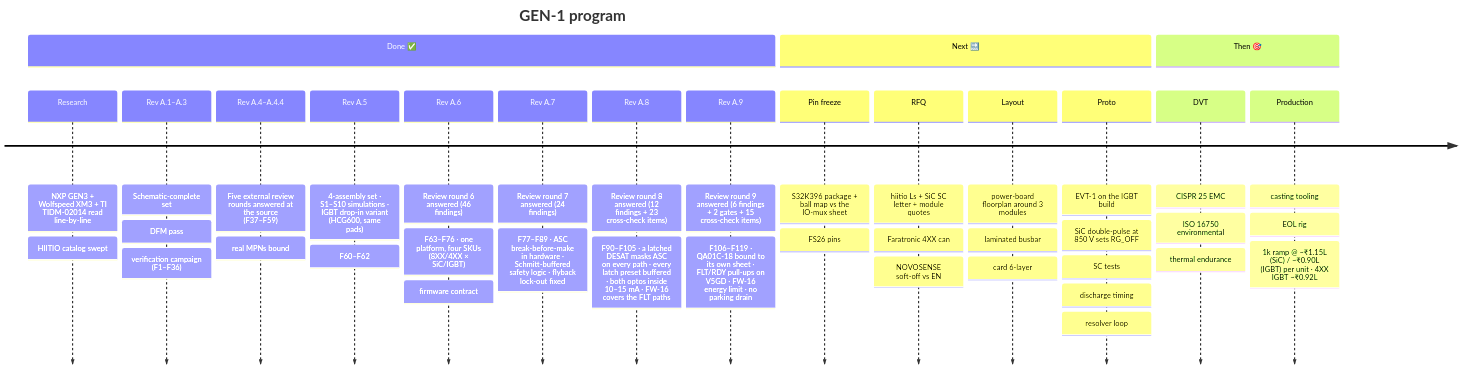
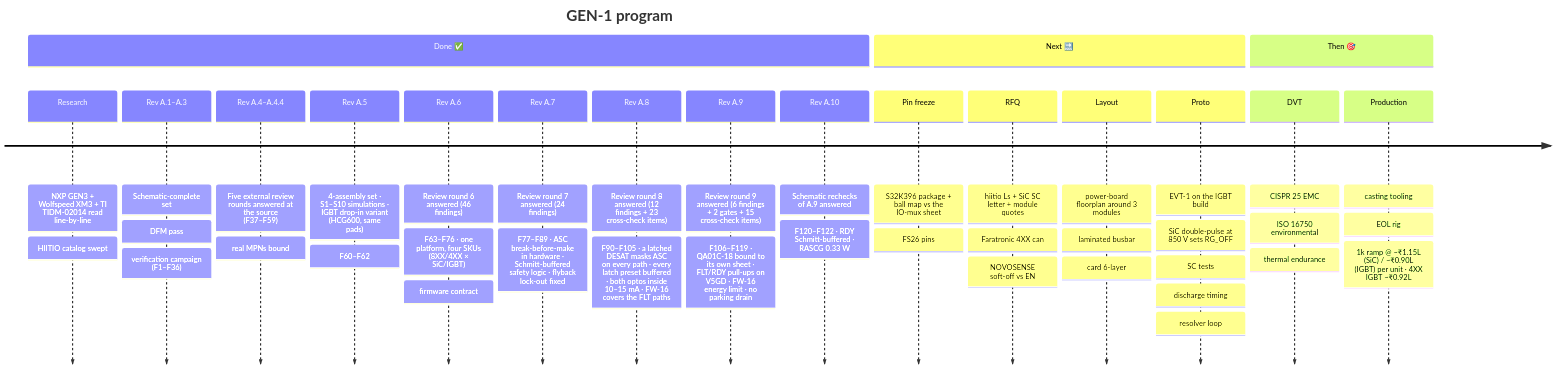
Before and after one commit to vectivolt/Traction-Inverter-GEN-1: the ninth of 9 diagrams in README.md, drawn with Mermaid. The commit also changed other lines of this file and 49 other files, not shown here.

First line of the commit message:
Rev A.10: schematic rechecks of A.9 (A9-S01, S9-01, S9-02)

````diff
--- a/README.md
+++ b/README.md
@@ -622,21 +625,22 @@
 ```mermaid
 timeline
     title GEN-1 program
     section Done ✅
         Research : NXP GEN3 + Wolfspeed XM3 + TI TIDM-02014 read line-by-line : HIITIO catalog swept
         Rev A.1–A.3 : Schematic-complete set : DFM pass : verification campaign (F1–F36)
         Rev A.4–A.4.4 : Five external review rounds answered at the source (F37–F59) : real MPNs bound
         Rev A.5 : 4-assembly set · S1–S10 simulations · IGBT drop-in variant (HCG600, same pads) : F60–F62
         Rev A.6 : Review round 6 answered (46 findings) : F63–F76 · one platform, four SKUs (8XX/4XX × SiC/IGBT) : firmware contract
         Rev A.7 : Review round 7 answered (24 findings) : F77–F89 · ASC break-before-make in hardware · Schmitt-buffered safety logic · flyback lock-out fixed
         Rev A.8 : Review round 8 answered (12 findings + 23 cross-check items) : F90–F105 · a latched DESAT masks ASC on every path · every latch preset buffered · both optos inside 10–15 mA · FW-16 covers the FLT paths
         Rev A.9 : Review round 9 answered (6 findings + 2 gates + 15 cross-check items) : F106–F119 · QA01C-18 bound to its own sheet · FLT/RDY pull-ups on V5GD · FW-16 energy limit · no parking drain
+        Rev A.10 : Schematic rechecks of A.9 answered : F120–F122 · RDY Schmitt-buffered · RASCG 0.33 W
     section Next 🔜
         Pin freeze : S32K396 package + ball map vs the IO-mux sheet : FS26 pins
         RFQ : hiitio Ls + SiC SC letter + module quotes : Faratronic 4XX can : NOVOSENSE soft-off vs EN
         Layout : power-board floorplan around 3 modules : laminated busbar : card 6-layer
         Proto : EVT-1 on the IGBT build : SiC double-pulse at 850 V sets RG_OFF : SC tests : discharge timing : resolver loop
     section Then 🎯
         DVT : CISPR 25 EMC : ISO 16750 environmental : thermal endurance
         Production : casting tooling : EOL rig : 1k ramp @ ~₹1.15L (SiC) / ~₹0.90L (IGBT) per unit · 4XX IGBT ~₹0.92L
 ```
````
